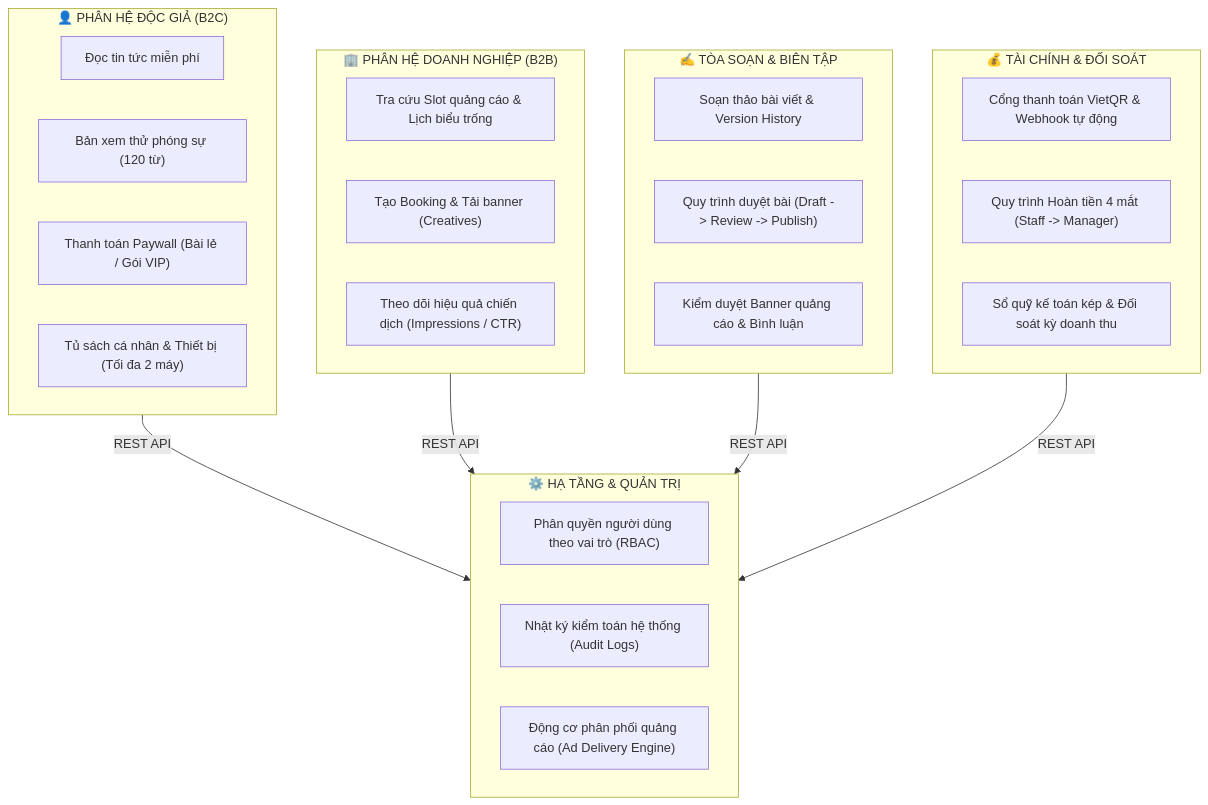
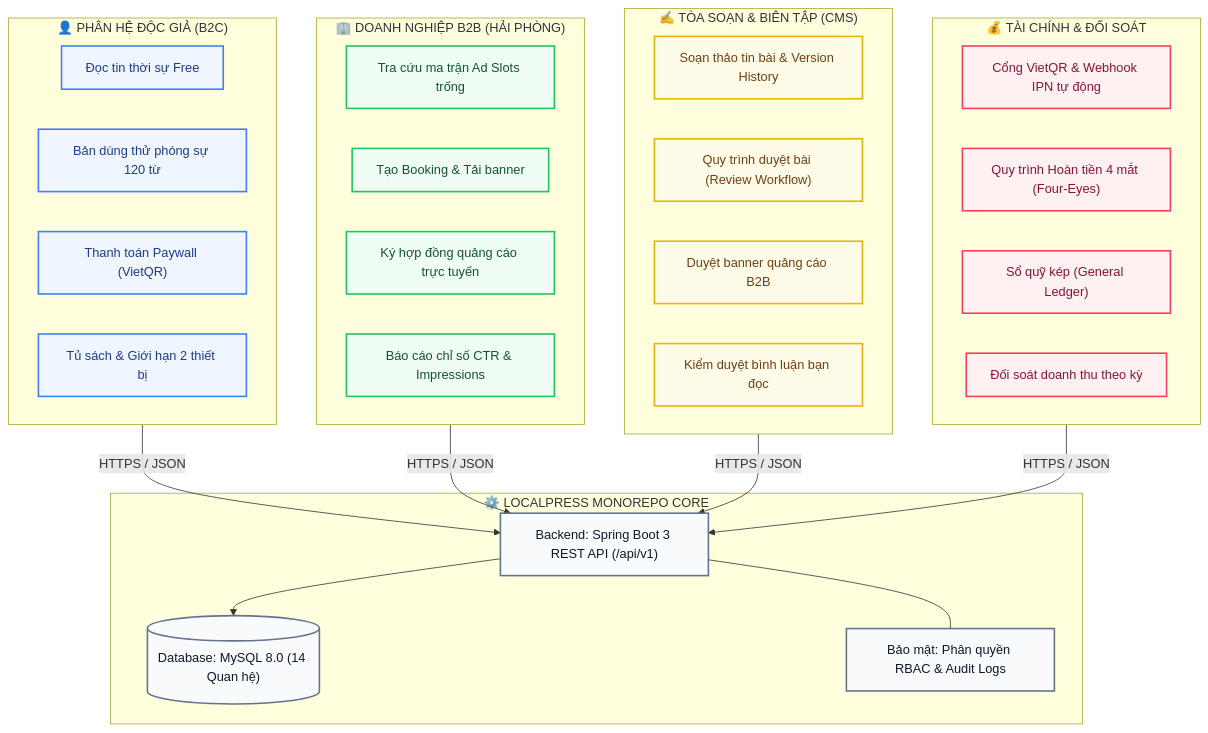
One commit to huyz4nny/SWP391_LOCALPRESS-REVENUE-TRUST-PLATFORM changed the diagram in README.md. Above: the diagram before and after it, drawn with Mermaid. The commit also changed other lines of this file and 4 other files, not shown here.

Commit message:
docs: upgrade README with visual hero, dynamic badges, embedded ERD and swimlane diagrams

````diff
--- a/README.md
+++ b/README.md
@@ -40,38 +87,54 @@
 ```mermaid
 flowchart TD
-    subgraph B2C["👤 PHÂN HỆ ĐỘC GIẢ (B2C)"]
-        R1["Đọc tin tức miễn phí"]
-        R2["Bản xem thử phóng sự (120 từ)"]
-        R3["Thanh toán Paywall (Bài lẻ / Gói VIP)"]
-        R4["Tủ sách cá nhân & Thiết bị (Tối đa 2 máy)"]
+    classDef reader fill:#eff6ff,stroke:#3b82f6,stroke-width:2px,color:#1e3a8a;
+    classDef adv fill:#f0fdf4,stroke:#22c55e,stroke-width:2px,color:#14532d;
+    classDef newsroom fill:#fefce8,stroke:#eab308,stroke-width:2px,color:#713f12;
+    classDef fin fill:#fff1f2,stroke:#f43f5e,stroke-width:2px,color:#881337;
+    classDef core fill:#f8fafc,stroke:#64748b,stroke-width:2px,color:#0f172a;
+
+    subgraph READERS["👤 PHÂN HỆ ĐỘC GIẢ (B2C)"]
+        R1["Đọc tin thời sự Free"]
+        R2["Bản dùng thử phóng sự 120 từ"]
+        R3["Thanh toán Paywall (VietQR)"]
+        R4["Tủ sách & Giới hạn 2 thiết bị"]
     end
+    class R1,R2,R3,R4 reader;
 
-    subgraph B2B["🏢 PHÂN HỆ DOANH NGHIỆP (B2B)"]
-        A1["Tra cứu Slot quảng cáo & Lịch biểu trống"]
-        A2["Tạo Booking & Tải banner (Creatives)"]
-        A3["Theo dõi hiệu quả chiến dịch (Impressions / CTR)"]
+    subgraph ADVERTISERS["🏢 DOANH NGHIỆP B2B (HẢI PHÒNG)"]
+        A1["Tra cứu ma trận Ad Slots trống"]
+        A2["Tạo Booking & Tải banner"]
+        A3["Ký hợp đồng quảng cáo trực tuyến"]
+        A4["Báo cáo chỉ số CTR & Impressions"]
     end
+    class A1,A2,A3,A4 adv;
 
-    subgraph CMS["✍️ TÒA SOẠN & BIÊN TẬP"]
-        E1["Soạn thảo bài viết & Version History"]
-        E2["Quy trình duyệt bài (Draft -> Review -> Publish)"]
-        E3["Kiểm duyệt Banner quảng cáo & Bình luận"]
+    subgraph NEWSROOM["✍️ TÒA SOẠN & BIÊN TẬP (CMS)"]
+        E1["Soạn thảo tin bài & Version History"]
+        E2["Quy trình duyệt bài (Review Workflow)"]
+        E3["Duyệt banner quảng cáo B2B"]
+        E4["Kiểm duyệt bình luận bạn đọc"]
     end
+    class E1,E2,E3,E4 newsroom;
 
-    subgraph FIN["💰 TÀI CHÍNH & ĐỐI SOÁT"]
-        F1["Cổng thanh toán VietQR & Webhook tự động"]
-        F2["Quy trình Hoàn tiền 4 mắt (Staff -> Manager)"]
-        F3["Sổ quỹ kế toán kép & Đối soát kỳ doanh thu"]
+    subgraph FINANCE["💰 TÀI CHÍNH & ĐỐI SOÁT"]
+        F1["Cổng VietQR & Webhook IPN tự động"]
+        F2["Quy trình Hoàn tiền 4 mắt (Four-Eyes)"]
+        F3["Sổ quỹ kép (General Ledger)"]
+        F4["Đối soát doanh thu theo kỳ"]
     end
+    class F1,F2,F3,F4 fin;
 
-    subgraph PLATFORM["⚙️ HẠ TẦNG & QUẢN TRỊ"]
-        ADM1["Phân quyền người dùng theo vai trò (RBAC)"]
-        ADM2["Nhật ký kiểm toán hệ thống (Audit Logs)"]
-        ADM3["Động cơ phân phối quảng cáo (Ad Delivery Engine)"]
+    subgraph PLATFORM["⚙️ LOCALPRESS MONOREPO CORE"]
+        API["Backend: Spring Boot 3 REST API (/api/v1)"]
+        DB[("Database: MySQL 8.0 (14 Quan hệ)")]
+        RBAC["Bảo mật: Phân quyền RBAC & Audit Logs"]
     end
+    class API,DB,RBAC core;
 
-    B2C -->|REST API| PLATFORM
-    B2B -->|REST API| PLATFORM
-    CMS -->|REST API| PLATFORM
-    FIN -->|REST API| PLATFORM
+    READERS -->|HTTPS / JSON| API
+    ADVERTISERS -->|HTTPS / JSON| API
+    NEWSROOM -->|HTTPS / JSON| API
+    FINANCE -->|HTTPS / JSON| API
+    API --> DB
+    API --- RBAC
 ```
````
